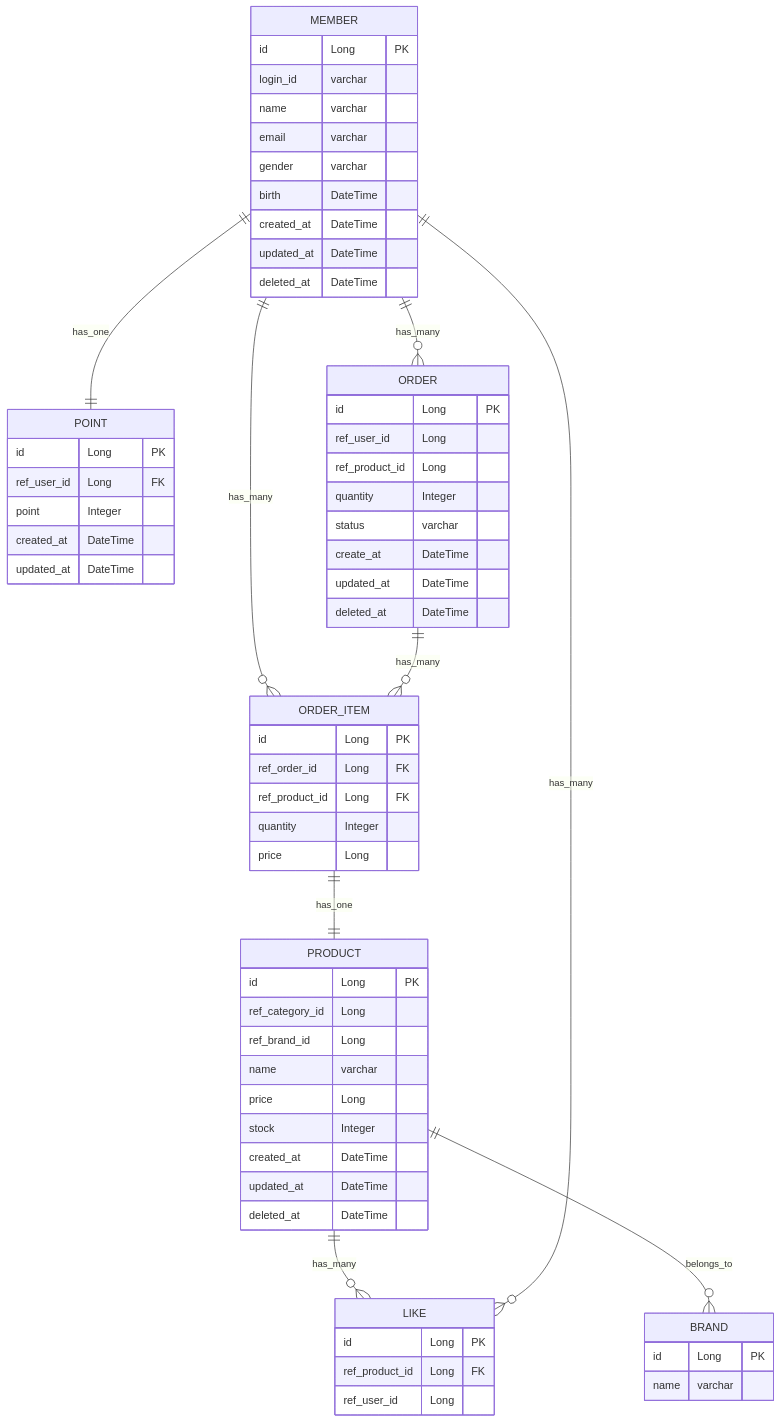
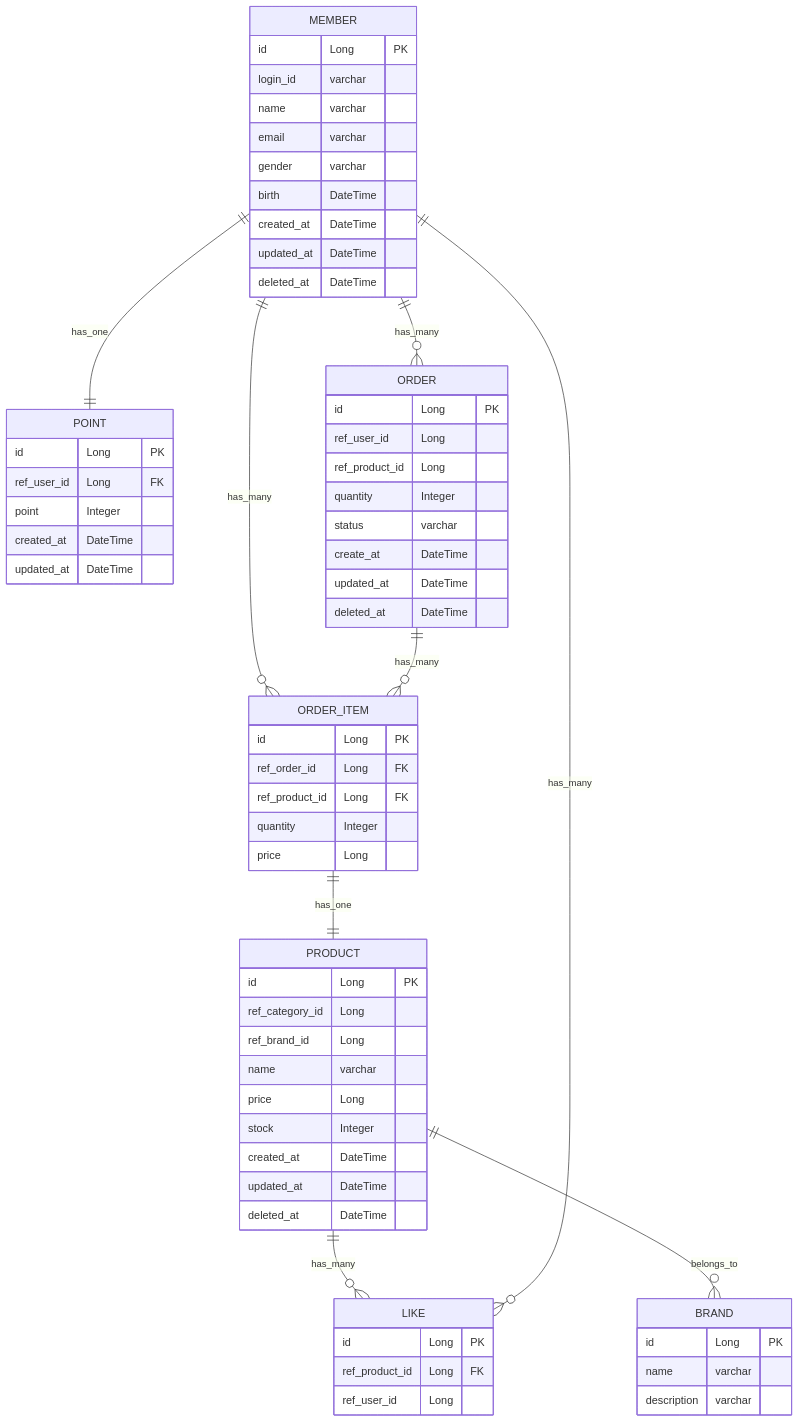
One commit to kimdonghuyn/loopers-spring-java changed the diagram in docs/design/04-erd.md. Above: the diagram before and after it, drawn with Mermaid. The commit also changed 16 other files, not shown here.

````diff
--- a/docs/design/04-erd.md
+++ b/docs/design/04-erd.md
@@ -3,81 +3,82 @@
 ```mermaid
 erDiagram
     MEMBER {
         id Long PK
         login_id varchar
         name varchar
         email varchar
         gender varchar
         birth DateTime
         created_at DateTime
         updated_at DateTime
         deleted_at DateTime
     }
     
     POINT{
         id Long PK
         ref_user_id Long FK
         point Integer
         created_at DateTime
         updated_at DateTime
     }
 
     PRODUCT {
         id Long PK
         ref_category_id Long
         ref_brand_id Long
         name varchar
         price Long
         stock Integer
         created_at DateTime
         updated_at DateTime
         deleted_at DateTime
     }
 
 %%    CATEGORY {
 %%        id Long PK
 %%        type varchar
 %%        name varchar
 %%        depth Integer
 %%    }
 
     BRAND {
         id Long PK
         name varchar
+        description varchar
     }
 
     LIKE {
         id Long PK
         ref_product_id Long FK
         ref_user_id Long
     }
 
     ORDER {
         id Long PK
         ref_user_id Long
         ref_product_id Long
         quantity Integer
         status varchar
         create_at DateTime
         updated_at DateTime
         deleted_at DateTime
     }
     
     ORDER_ITEM {
         id Long PK
         ref_order_id Long FK
         ref_product_id Long FK
         quantity Integer
         price Long
     }
 
 %%    PRODUCT ||--o{ CATEGORY: belongs_to
     PRODUCT ||--o{ BRAND: belongs_to
     PRODUCT ||--o{ LIKE: has_many
     MEMBER ||--o{ LIKE: has_many
     MEMBER ||--o{ ORDER: has_many
     MEMBER ||--o{ ORDER_ITEM: has_many
     ORDER ||--o{ ORDER_ITEM: has_many
     ORDER_ITEM ||--|| PRODUCT: has_one
     MEMBER ||--|| POINT : has_one
 ```
````
